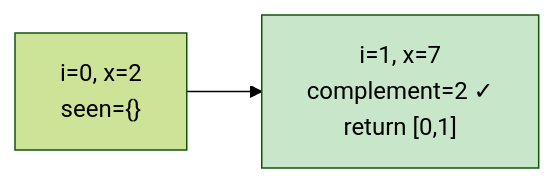
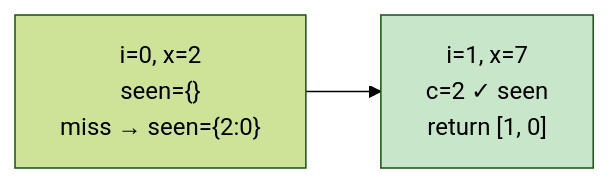
The diagram in docs/01-array/0001-two-sum/README.md (Ezreal222/Yang-s-Leetcode), drawn with Mermaid (forest theme) before and after one commit. The commit also changed other lines of this file, not shown here.

````diff
--- a/docs/01-array/0001-two-sum/README.md
+++ b/docs/01-array/0001-two-sum/README.md
@@ -26,5 +68,5 @@
-```mermaid
-graph LR
-    A["i=0, x=2<br/>seen={}"] --> B["i=1, x=7<br/>complement=2 ✓<br/>return [0,1]"]
-    style B fill:#c8e6c9
-```
+    ```mermaid
+    graph LR
+        A["i=0, x=2<br/>seen={}<br/>miss → seen={2:0}"] --> B["i=1, x=7<br/>c=2 ✓ seen<br/>return [1, 0]"]
+        style B fill:#c8e6c9
+    ```
````
